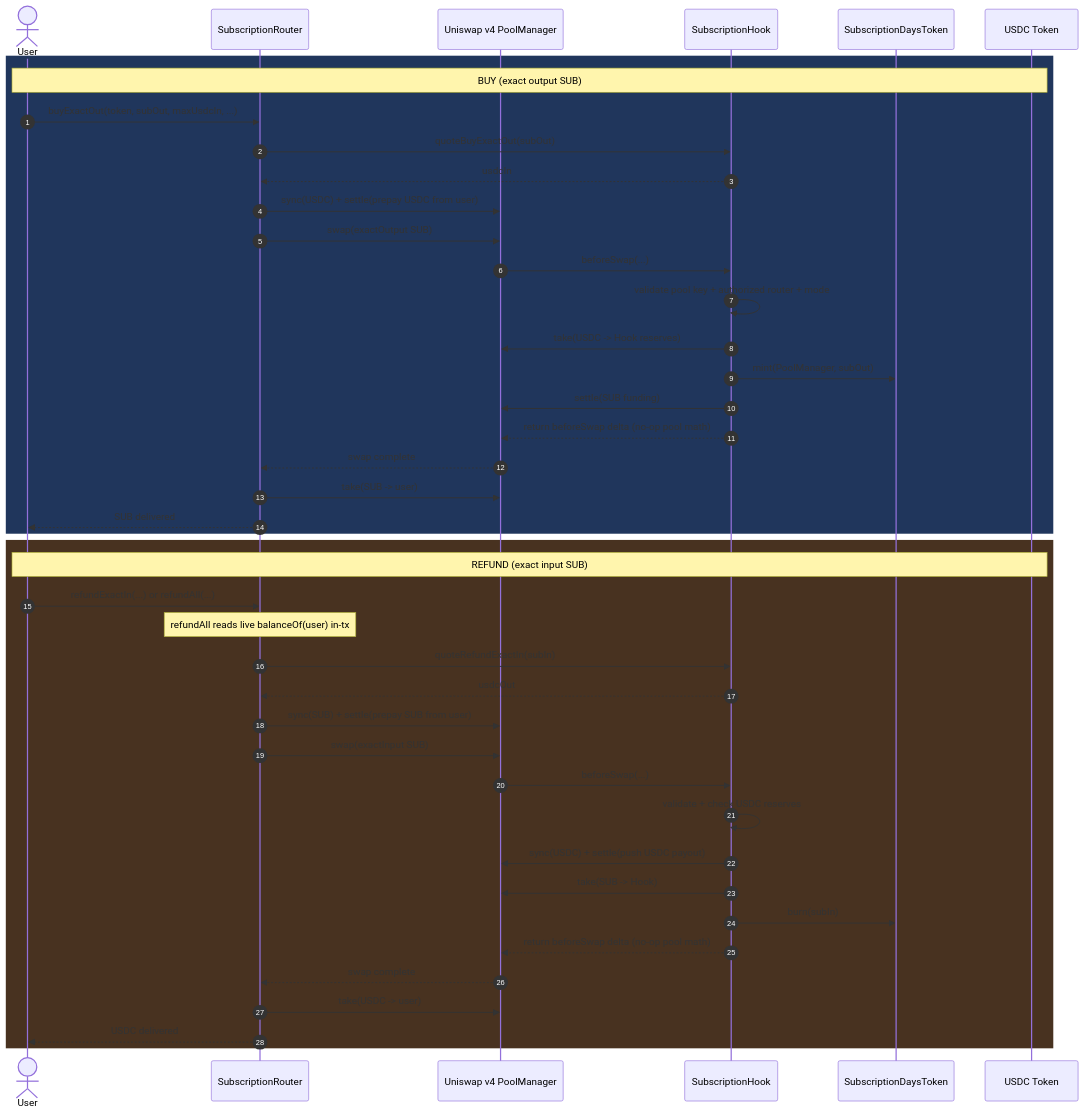
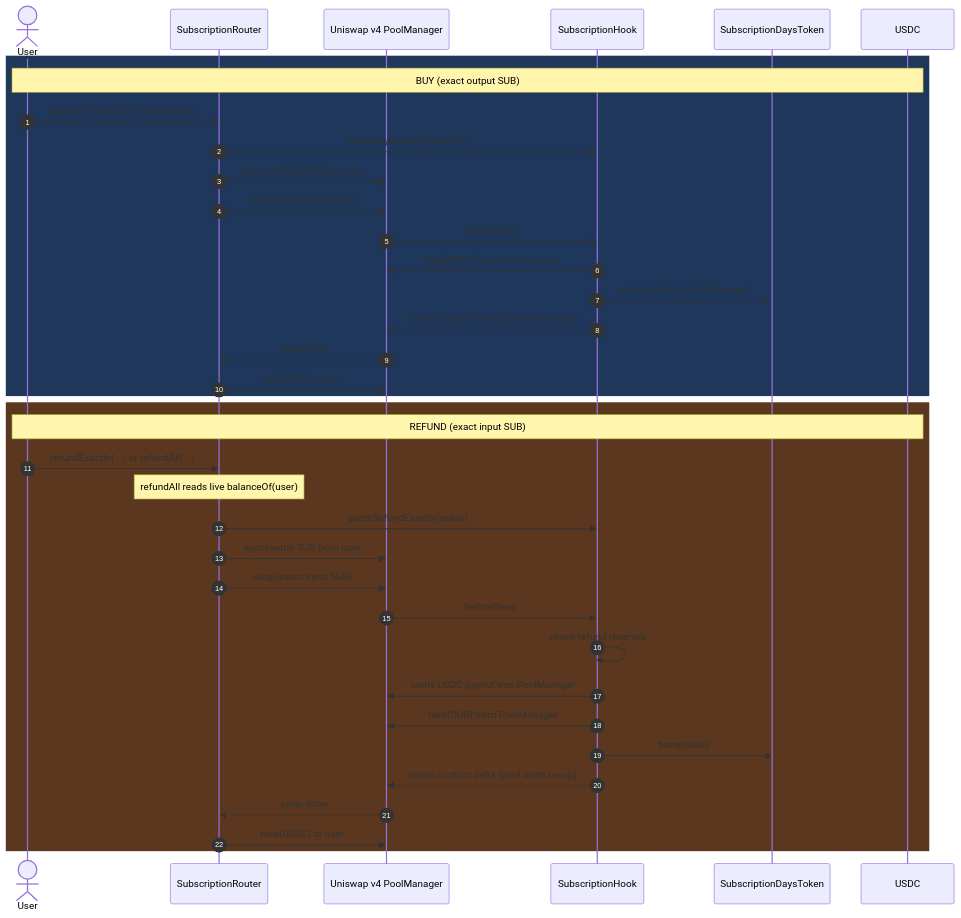
The second of 2 diagrams in docs/SUBSCRIPTIONS_DEPLOY_WORKFLOW.md (Gater-Robot/gater-robot), drawn with Mermaid before and after one commit. The commit also changed other lines of this file, not shown here.

Commit message:
docs: convert subscriptions workflow into judge-focused brief with mermaid diagrams

````diff
--- a/docs/SUBSCRIPTIONS_DEPLOY_WORKFLOW.md
+++ b/docs/SUBSCRIPTIONS_DEPLOY_WORKFLOW.md
@@ -9,47 +29,41 @@
 ```mermaid
 sequenceDiagram
     autonumber
-    actor U as User
-    participant R as SubscriptionRouter
+    actor User
+    participant Router as SubscriptionRouter
     participant PM as Uniswap v4 PoolManager
-    participant H as SubscriptionHook
+    participant Hook as SubscriptionHook
     participant SUB as SubscriptionDaysToken
-    participant USDC as USDC Token
+    participant USDC as USDC
 
-    rect rgb(32, 54, 92)
-      Note over U,USDC: BUY (exact output SUB)
-      U->>R: buyExactOut(token, subOut, maxUsdcIn, ...)
-      R->>H: quoteBuyExactOut(subOut)
-      H-->>R: usdcIn
-      R->>PM: sync(USDC) + settle(prepay USDC from user)
-      R->>PM: swap(exactOutput SUB)
-      PM->>H: beforeSwap(...)
-      H->>H: validate pool key + authorized router + mode
-      H->>PM: take(USDC -> Hook reserves)
-      H->>SUB: mint(PoolManager, subOut)
-      H->>PM: settle(SUB funding)
-      H-->>PM: return beforeSwap delta (no-op pool math)
-      PM-->>R: swap complete
-      R->>PM: take(SUB -> user)
-      R-->>U: SUB delivered
+    rect rgb(30,55,90)
+    Note over User,USDC: BUY (exact output SUB)
+    User->>Router: buyExactOut(subOut, maxUsdcIn)
+    Router->>Hook: quoteBuyExactOut(subOut)
+    Router->>PM: sync+settle USDC from user
+    Router->>PM: swap(exact output SUB)
+    PM->>Hook: beforeSwap
+    Hook->>PM: take(USDC) into hook reserves
+    Hook->>SUB: mint(subOut) to PoolManager
+    Hook-->>PM: return custom delta (pool math no-op)
+    PM-->>Router: swap done
+    Router->>PM: take(SUB) to user
     end
 
-    rect rgb(72, 50, 32)
-      Note over U,USDC: REFUND (exact input SUB)
-      U->>R: refundExactIn(...) or refundAll(...)
-      Note over R: refundAll reads live balanceOf(user) in-tx
-      R->>H: quoteRefundExactIn(subIn)
-      H-->>R: usdcOut
-      R->>PM: sync(SUB) + settle(prepay SUB from user)
-      R->>PM: swap(exactInput SUB)
-      PM->>H: beforeSwap(...)
-      H->>H: validate + check USDC reserves
-      H->>PM: sync(USDC) + settle(push USDC payout)
-      H->>PM: take(SUB -> Hook)
-      H->>SUB: burn(subIn)
-      H-->>PM: return beforeSwap delta (no-op pool math)
-      PM-->>R: swap complete
-      R->>PM: take(USDC -> user)
-      R-->>U: USDC delivered
+    rect rgb(90,55,30)
+    Note over User,USDC: REFUND (exact input SUB)
+    User->>Router: refundExactIn(...) or refundAll(...)
+    Note over Router: refundAll reads live balanceOf(user)
+    Router->>Hook: quoteRefundExactIn(subIn)
+    Router->>PM: sync+settle SUB from user
+    Router->>PM: swap(exact input SUB)
+    PM->>Hook: beforeSwap
+    Hook->>Hook: check refund reserves
+    Hook->>PM: settle USDC payout into PoolManager
+    Hook->>PM: take(SUB) from PoolManager
+    Hook->>SUB: burn(subIn)
+    Hook-->>PM: return custom delta (pool math no-op)
+    PM-->>Router: swap done
+    Router->>PM: take(USDC) to user
     end
 ```
````
